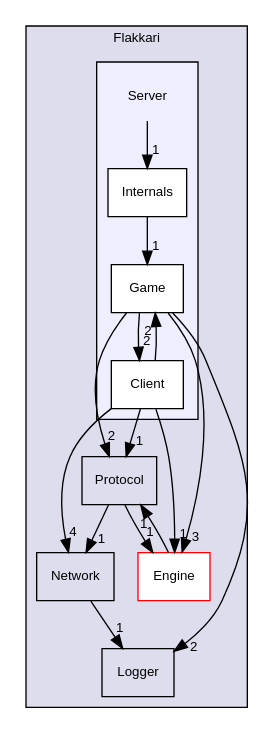
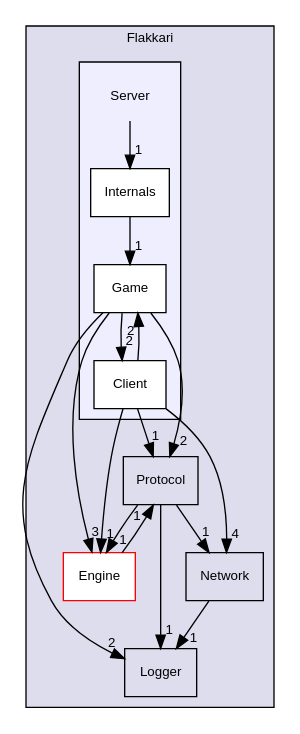
The diagram in dir_b45b4f7f86949fcdbe13543d457ee769_dep.dot (MasterLaplace/flakkari), drawn with Graphviz before and after one commit. The commit also changed 311 other files, not shown here.

```diff
--- a/dir_b45b4f7f86949fcdbe13543d457ee769_dep.dot
+++ b/dir_b45b4f7f86949fcdbe13543d457ee769_dep.dot
@@ -1,33 +1,34 @@
 digraph "Flakkari/Server" {
   compound=true
   node [ fontsize="10", fontname="Helvetica"];
   edge [ labelfontsize="10", labelfontname="Helvetica"];
   subgraph clusterdir_7252f805497af2c98d8ae536646df97b {
     graph [ bgcolor="#ddddee", pencolor="black", label="Flakkari" fontname="Helvetica", fontsize="10", URL="dir_7252f805497af2c98d8ae536646df97b.html"]
   dir_45889462d704ec0e5c2ce024817bc167 [shape=box label="Logger" URL="dir_45889462d704ec0e5c2ce024817bc167.html"];
   dir_a8832efbf453ed375786272748b42b6e [shape=box label="Engine" fillcolor="white" style="filled" color="red" URL="dir_a8832efbf453ed375786272748b42b6e.html"];
   dir_c5bb1fc07982e0126fd8087c13a737b0 [shape=box label="Protocol" URL="dir_c5bb1fc07982e0126fd8087c13a737b0.html"];
   dir_dc3bc5b104a4f9709e6dd6d8ef9cb2d5 [shape=box label="Network" URL="dir_dc3bc5b104a4f9709e6dd6d8ef9cb2d5.html"];
   subgraph clusterdir_b45b4f7f86949fcdbe13543d457ee769 {
     graph [ bgcolor="#eeeeff", pencolor="black", label="" URL="dir_b45b4f7f86949fcdbe13543d457ee769.html"];
     dir_b45b4f7f86949fcdbe13543d457ee769 [shape=plaintext label="Server"];
   dir_7e06220f9d8ad8af8703f9c9be194f68 [shape=box label="Client" fillcolor="white" style="filled" URL="dir_7e06220f9d8ad8af8703f9c9be194f68.html"];
   dir_96390089ad122cc0e79a3d516a8e4be8 [shape=box label="Game" fillcolor="white" style="filled" URL="dir_96390089ad122cc0e79a3d516a8e4be8.html"];
   dir_74e769d2151983ba157e4b397e94e5a6 [shape=box label="Internals" fillcolor="white" style="filled" URL="dir_74e769d2151983ba157e4b397e94e5a6.html"];
   }
   }
   dir_dc3bc5b104a4f9709e6dd6d8ef9cb2d5->dir_45889462d704ec0e5c2ce024817bc167 [headlabel="1", labeldistance=1.5 headhref="dir_000010_000009.html"];
+  dir_c5bb1fc07982e0126fd8087c13a737b0->dir_45889462d704ec0e5c2ce024817bc167 [headlabel="1", labeldistance=1.5 headhref="dir_000011_000009.html"];
   dir_c5bb1fc07982e0126fd8087c13a737b0->dir_a8832efbf453ed375786272748b42b6e [headlabel="1", labeldistance=1.5 headhref="dir_000011_000002.html"];
   dir_c5bb1fc07982e0126fd8087c13a737b0->dir_dc3bc5b104a4f9709e6dd6d8ef9cb2d5 [headlabel="1", labeldistance=1.5 headhref="dir_000011_000010.html"];
   dir_a8832efbf453ed375786272748b42b6e->dir_c5bb1fc07982e0126fd8087c13a737b0 [headlabel="1", labeldistance=1.5 headhref="dir_000002_000011.html"];
   dir_7e06220f9d8ad8af8703f9c9be194f68->dir_96390089ad122cc0e79a3d516a8e4be8 [headlabel="2", labeldistance=1.5 headhref="dir_000013_000014.html"];
   dir_7e06220f9d8ad8af8703f9c9be194f68->dir_a8832efbf453ed375786272748b42b6e [headlabel="1", labeldistance=1.5 headhref="dir_000013_000002.html"];
   dir_7e06220f9d8ad8af8703f9c9be194f68->dir_c5bb1fc07982e0126fd8087c13a737b0 [headlabel="1", labeldistance=1.5 headhref="dir_000013_000011.html"];
   dir_7e06220f9d8ad8af8703f9c9be194f68->dir_dc3bc5b104a4f9709e6dd6d8ef9cb2d5 [headlabel="4", labeldistance=1.5 headhref="dir_000013_000010.html"];
   dir_96390089ad122cc0e79a3d516a8e4be8->dir_45889462d704ec0e5c2ce024817bc167 [headlabel="2", labeldistance=1.5 headhref="dir_000014_000009.html"];
   dir_96390089ad122cc0e79a3d516a8e4be8->dir_7e06220f9d8ad8af8703f9c9be194f68 [headlabel="2", labeldistance=1.5 headhref="dir_000014_000013.html"];
   dir_96390089ad122cc0e79a3d516a8e4be8->dir_a8832efbf453ed375786272748b42b6e [headlabel="3", labeldistance=1.5 headhref="dir_000014_000002.html"];
   dir_96390089ad122cc0e79a3d516a8e4be8->dir_c5bb1fc07982e0126fd8087c13a737b0 [headlabel="2", labeldistance=1.5 headhref="dir_000014_000011.html"];
   dir_74e769d2151983ba157e4b397e94e5a6->dir_96390089ad122cc0e79a3d516a8e4be8 [headlabel="1", labeldistance=1.5 headhref="dir_000015_000014.html"];
   dir_b45b4f7f86949fcdbe13543d457ee769->dir_74e769d2151983ba157e4b397e94e5a6 [headlabel="1", labeldistance=1.5 headhref="dir_000012_000015.html"];
 }
```
